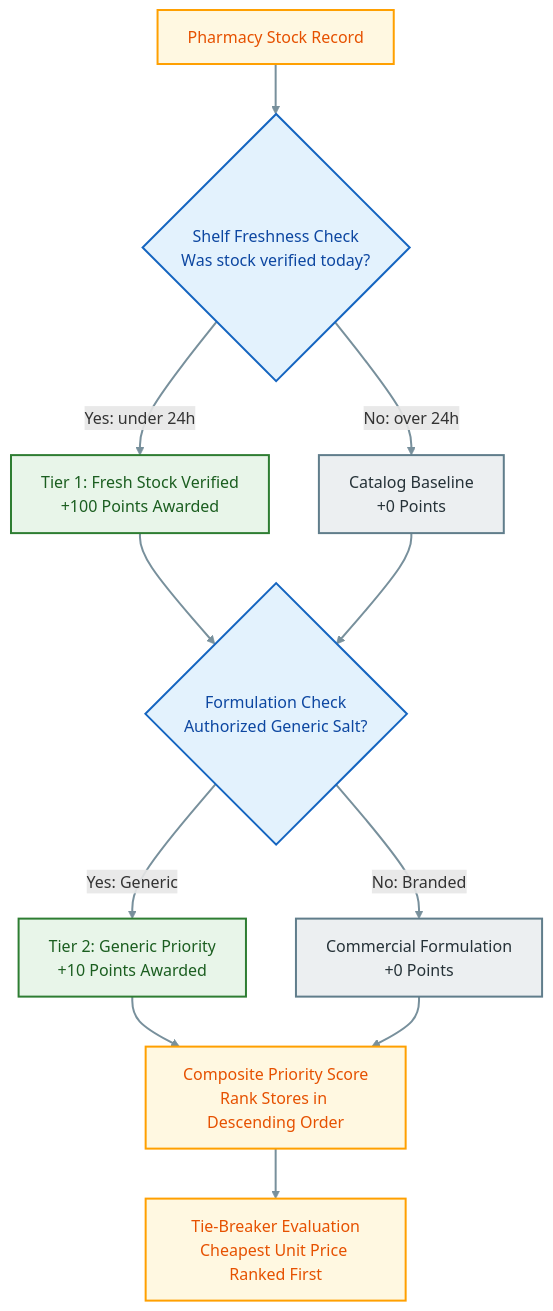
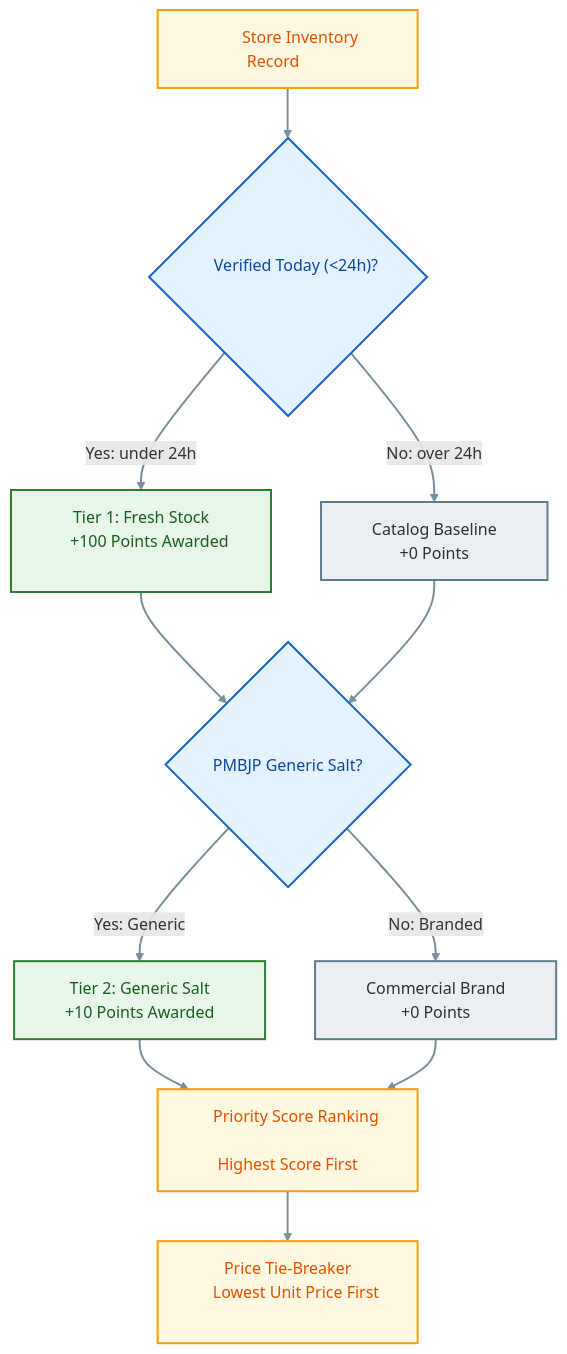
One commit to Parth-Chavan-15/MedSetu-TechSprint changed the fourth of 6 diagrams in README.md. Above: the diagram before and after it, drawn with Mermaid. The commit also changed other lines of this file, not shown here.

Commit message:
docs: resolve Mermaid text clipping with non-breaking SVG padding, enhance emulator location tip with ADB CLI option

````diff
--- a/README.md
+++ b/README.md
@@ -239,27 +239,27 @@
 ```mermaid
 flowchart TD
-    START["Pharmacy Stock Record"] --> TIER1{"Shelf Freshness Check<br/>Was stock verified today?"}
-    TIER1 -- Yes: under 24h --> S1["Tier 1: Fresh Stock Verified<br/>+100 Points Awarded"]
-    TIER1 -- No: over 24h --> S0["Catalog Baseline<br/>+0 Points"]
+    START["&nbsp;&nbsp;&nbsp;&nbsp;&nbsp;&nbsp; Store Inventory Record &nbsp;&nbsp;&nbsp;&nbsp;&nbsp;&nbsp;"] --> TIER1{"&nbsp;&nbsp;&nbsp;&nbsp; Verified Today (<24h)? &nbsp;&nbsp;&nbsp;&nbsp;"}
+    TIER1 -- Yes: under 24h --> S1["&nbsp;&nbsp;&nbsp;&nbsp; Tier 1: Fresh Stock &nbsp;&nbsp;&nbsp;&nbsp;<br/>&nbsp;&nbsp;&nbsp;&nbsp; +100 Points Awarded &nbsp;&nbsp;&nbsp;&nbsp;"]
+    TIER1 -- No: over 24h --> S0["&nbsp;&nbsp;&nbsp;&nbsp; Catalog Baseline &nbsp;&nbsp;&nbsp;&nbsp;<br/>&nbsp;&nbsp;&nbsp;&nbsp; +0 Points &nbsp;&nbsp;&nbsp;&nbsp;"]
 
-    S1 --> TIER2{"Formulation Check<br/>Authorized Generic Salt?"}
+    S1 --> TIER2{"&nbsp;&nbsp;&nbsp;&nbsp; PMBJP Generic Salt? &nbsp;&nbsp;&nbsp;&nbsp;"}
     S0 --> TIER2
-    TIER2 -- Yes: Generic --> G1["Tier 2: Generic Priority<br/>+10 Points Awarded"]
-    TIER2 -- No: Branded --> G0["Commercial Formulation<br/>+0 Points"]
+    TIER2 -- Yes: Generic --> G1["&nbsp;&nbsp;&nbsp;&nbsp; Tier 2: Generic Salt &nbsp;&nbsp;&nbsp;&nbsp;<br/>&nbsp;&nbsp;&nbsp;&nbsp; +10 Points Awarded &nbsp;&nbsp;&nbsp;&nbsp;"]
+    TIER2 -- No: Branded --> G0["&nbsp;&nbsp;&nbsp;&nbsp; Commercial Brand &nbsp;&nbsp;&nbsp;&nbsp;<br/>&nbsp;&nbsp;&nbsp;&nbsp; +0 Points &nbsp;&nbsp;&nbsp;&nbsp;"]
 
-    G1 --> EVAL["Composite Priority Score<br/>Rank Stores in Descending Order"]
+    G1 --> EVAL["&nbsp;&nbsp;&nbsp;&nbsp; Priority Score Ranking &nbsp;&nbsp;&nbsp;&nbsp;<br/>&nbsp;&nbsp;&nbsp;&nbsp; Highest Score First &nbsp;&nbsp;&nbsp;&nbsp;"]
     G0 --> EVAL
-    EVAL --> TIE["Tie-Breaker Evaluation<br/>Cheapest Unit Price Ranked First"]
+    EVAL --> TIE["&nbsp;&nbsp;&nbsp;&nbsp; Price Tie-Breaker &nbsp;&nbsp;&nbsp;&nbsp;<br/>&nbsp;&nbsp;&nbsp;&nbsp; Lowest Unit Price First &nbsp;&nbsp;&nbsp;&nbsp;"]
 
     classDef eval fill:#E3F2FD,stroke:#1565C0,color:#0D47A1,stroke-width:2px;
     classDef bonus fill:#E8F5E9,stroke:#2E7D32,color:#1B5E20,stroke-width:2px;
     classDef neutral fill:#ECEFF1,stroke:#607D8B,color:#263238,stroke-width:2px;
     classDef sort fill:#FFF8E1,stroke:#FFA000,color:#E65100,stroke-width:2px;
 
     class TIER1,TIER2 eval;
     class S1,G1 bonus;
     class S0,G0 neutral;
     class START,EVAL,TIE sort;
 
     linkStyle default stroke:#78909C,stroke-width:2px;
 ```
````
